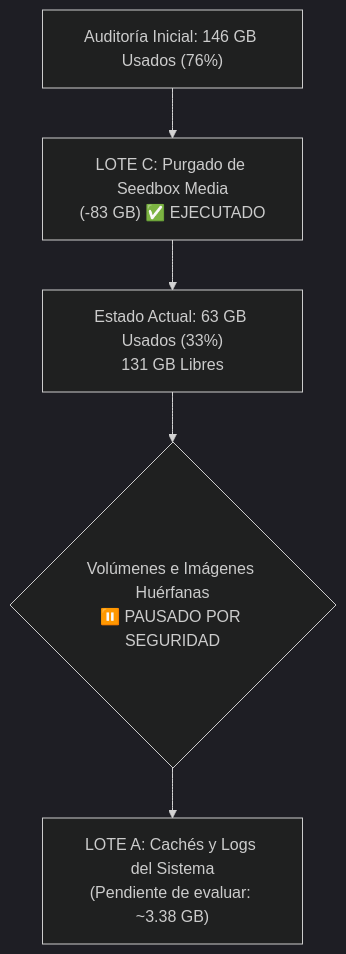
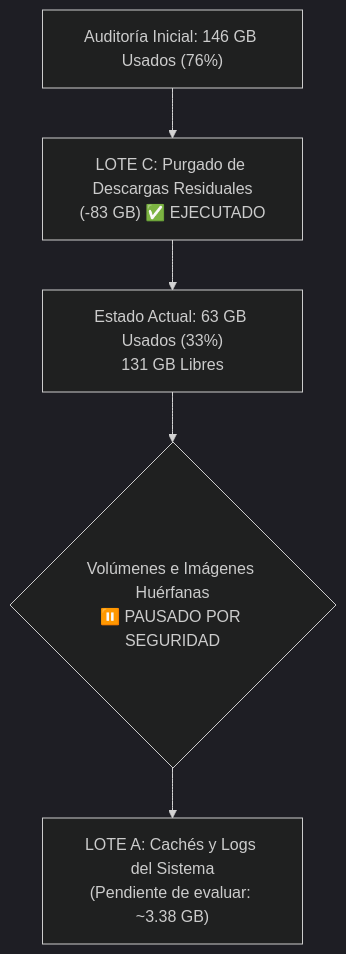
The diagram in docs/runbooks/oracle-disk-recovery-plan.md (romensuarezr/agent-os), drawn with Mermaid (dark theme) before and after one commit. The commit also changed other lines of this file and 15 other files, not shown here.

````diff
--- a/docs/runbooks/oracle-disk-recovery-plan.md
+++ b/docs/runbooks/oracle-disk-recovery-plan.md
@@ -94,7 +86,7 @@
 ```mermaid
 flowchart TD
-    Init["Auditoría Inicial: 146 GB Usados (76%)"] --> LotC["LOTE C: Purgado de Seedbox Media<br/>(-83 GB) ✅ EJECUTADO"]
+    Init["Auditoría Inicial: 146 GB Usados (76%)"] --> LotC["LOTE C: Purgado de Descargas Residuales<br/>(-83 GB) ✅ EJECUTADO"]
     LotC --> StateC["Estado Actual: 63 GB Usados (33%)<br/>131 GB Libres"]
     StateC --> PauseB{"Volúmenes e Imágenes Huérfanas<br/>⏸️ PAUSADO POR SEGURIDAD"}
     PauseB --> LotA["LOTE A: Cachés y Logs del Sistema<br/>(Pendiente de evaluar: ~3.38 GB)"]
 ```
````
